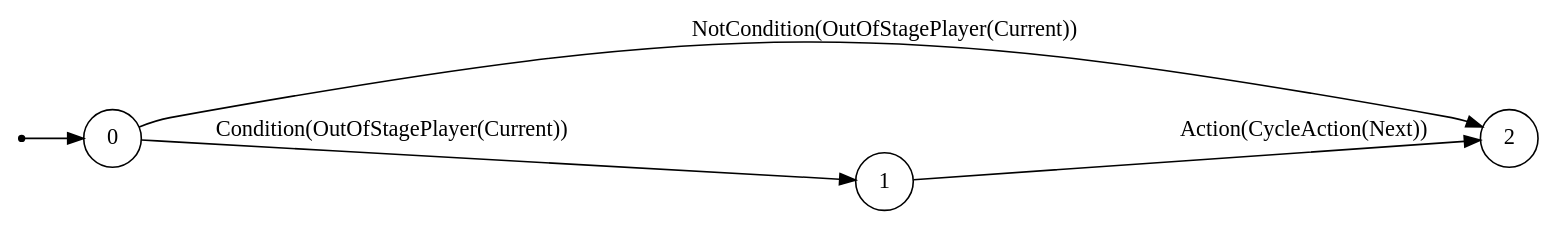
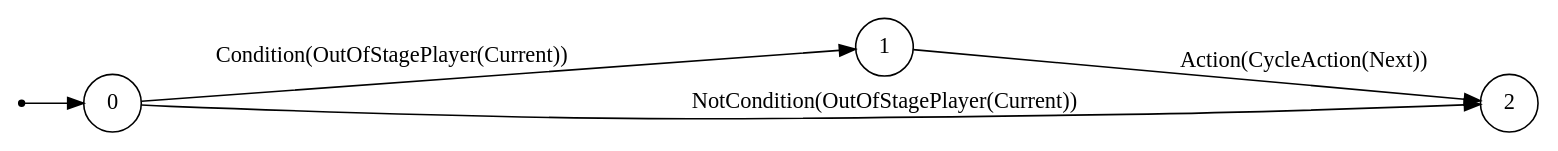
The diagram in ir/tests_out/if_rule.dot (mentalcardgames/mcg), drawn with Graphviz before and after one commit. The commit also changed other lines of this file and 31 other files, not shown here.

```diff
--- a/ir/tests_out/if_rule.dot
+++ b/ir/tests_out/if_rule.dot
@@ -1,9 +1,9 @@
 digraph FSM {
   rankdir=LR;
   node [shape = circle];
+  0 -> 1 [label="Condition(OutOfStagePlayer(Current))"];
+  1 -> 2 [label="Action(CycleAction(Next))"];
   0 -> 2 [label="NotCondition(OutOfStagePlayer(Current))"];
-  1 -> 2 [label="Action(CycleAction(Next))"];
-  0 -> 1 [label="Condition(OutOfStagePlayer(Current))"];
   start [shape=point];
   start -> 0;
 }
```
